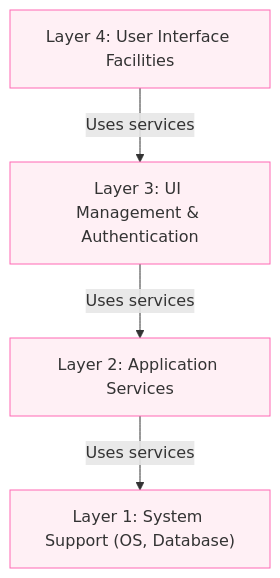
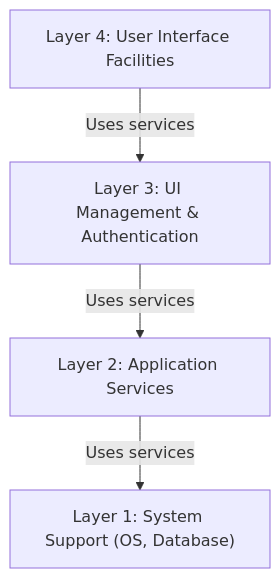
One commit to sujith-eag/sujith-library changed the second of 4 diagrams in docs/mca/se/u22/u4.md. Above: the diagram before and after it, drawn with Mermaid. The commit also changed other lines of this file and 41 other files, not shown here.

First line of the commit message:
Refactor diagrams and remove redundant styles in documentation

````diff
--- a/docs/mca/se/u22/u4.md
+++ b/docs/mca/se/u22/u4.md
@@ -89,14 +86,11 @@
 ```mermaid
 flowchart TD
     L4["Layer 4: User Interface Facilities"]
     L3["Layer 3: UI Management & Authentication"]
     L2["Layer 2: Application Services"]
     L1["Layer 1: System Support (OS, Database)"]
 
     L4 -->|Uses services| L3
     L3 -->|Uses services| L2
     L2 -->|Uses services| L1
-
-    classDef layer fill:#fff0f5,stroke:#ff69b4
-    class L4,L3,L2,L1 layer
 ```
````
